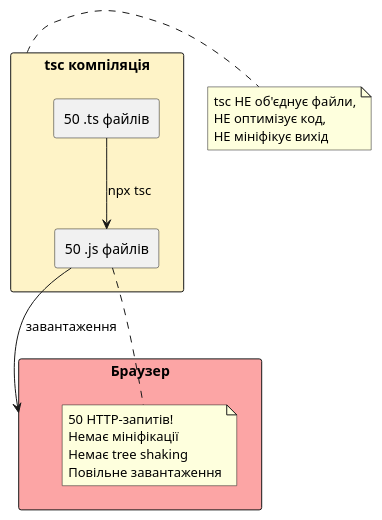
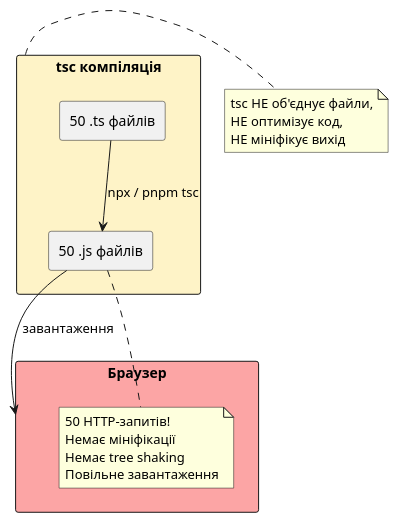
The fourth of 6 diagrams in content/18.web-development/03.typescript-type-system/01.introduction-compiler-config.md (arakviel/kostyl.dev), drawn with PlantUML before and after one commit. The commit also changed other lines of this file and 49 other files, not shown here.

````diff
--- a/content/18.web-development/03.typescript-type-system/01.introduction-compiler-config.md
+++ b/content/18.web-development/03.typescript-type-system/01.introduction-compiler-config.md
@@ -887,29 +1004,29 @@
 ```plantuml
 @startuml
 skinparam style plain
 skinparam backgroundColor #FFFFFF
 
 rectangle "tsc компіляція" as TSC #FEF3C7 {
     rectangle "50 .ts файлів" as TS
     rectangle "50 .js файлів" as JS
 }
 
 rectangle "Браузер" as Browser #FCA5A5 {
     note bottom
     50 HTTP-запитів!
     Немає мініфікації
     Немає tree shaking
     Повільне завантаження
     end note
 }
 
-TS -down-> JS : npx tsc
+TS -down-> JS : npx / pnpm tsc
 JS -right-> Browser : завантаження
 
 note right of TSC
   tsc НЕ об'єднує файли,
   НЕ оптимізує код,
   НЕ мініфікує вихід
 end note
 @enduml
 ```
````
